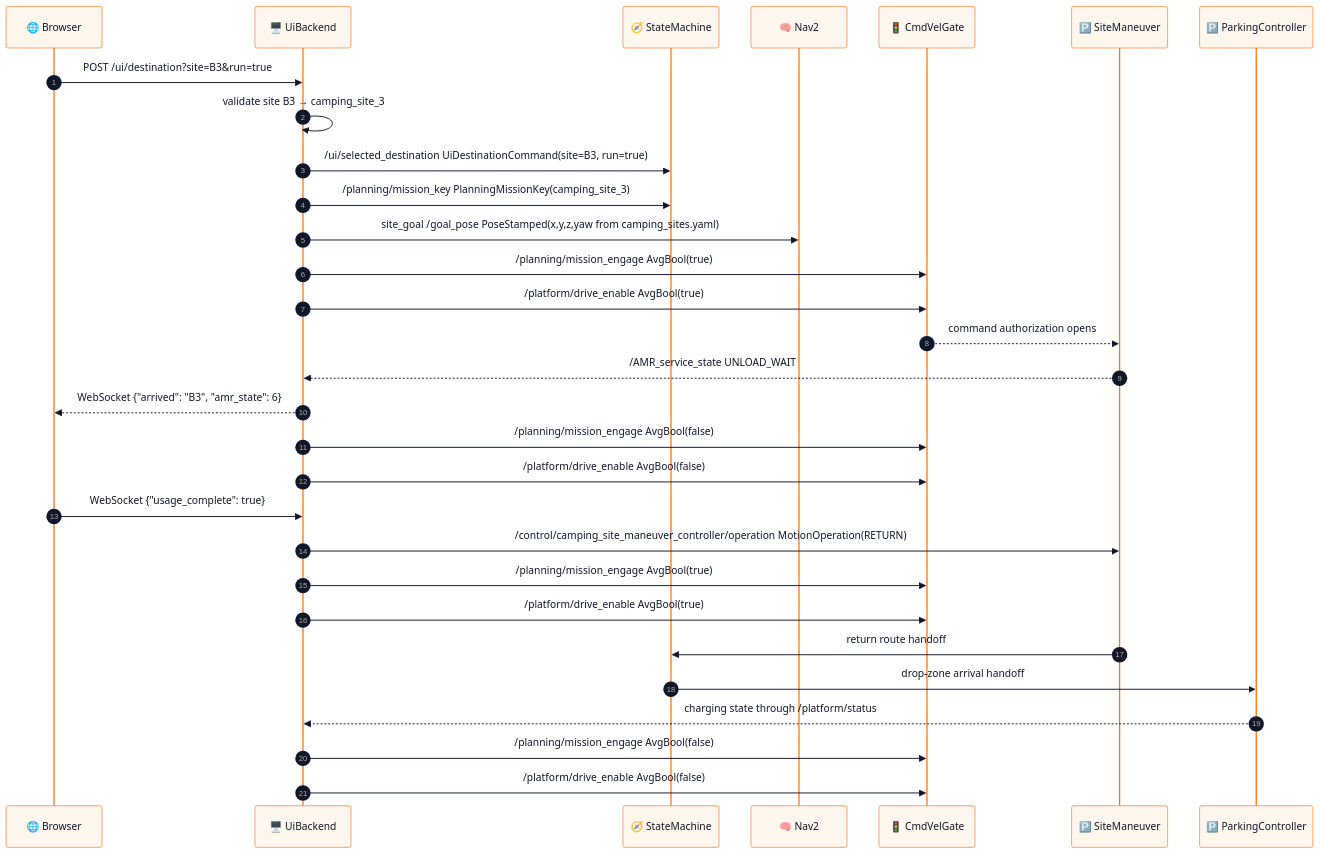
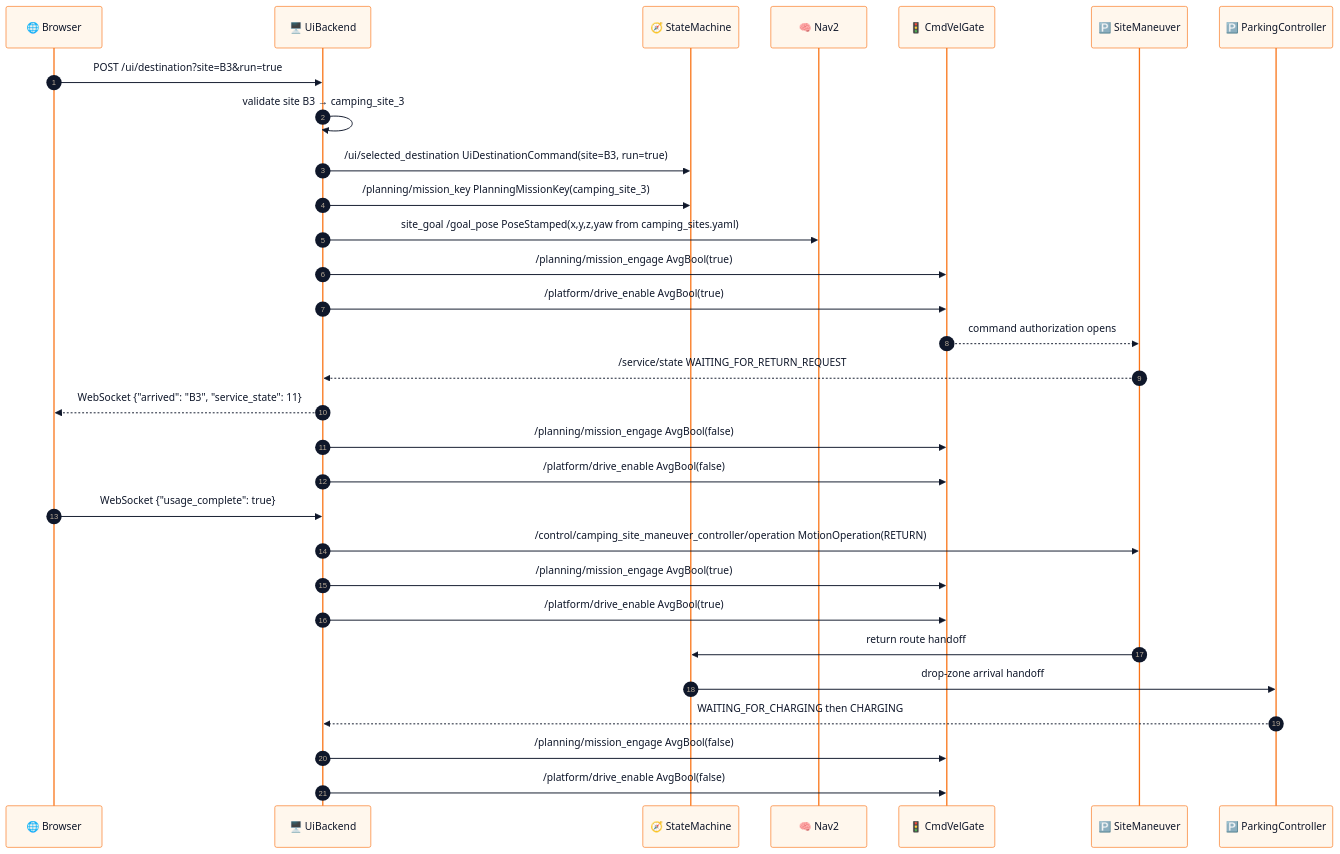
The third of 5 diagrams in camrod_ui/README.md (hwanhonglee/CAMROD), drawn with Mermaid before and after one commit. The commit also changed other lines of this file and 16 other files, not shown here.

````diff
--- a/camrod_ui/README.md
+++ b/camrod_ui/README.md
@@ -132,34 +131,34 @@
 ```mermaid
 %%{init: {'theme': 'base', 'themeVariables': {'fontFamily': 'ui-sans-serif, system-ui, sans-serif', 'fontSize': '14px', 'primaryColor': '#FFF7ED', 'primaryTextColor': '#0F172A', 'primaryBorderColor': '#F97316', 'lineColor': '#475569'}}}%%
 sequenceDiagram
   autonumber
   participant Browser as 🌐 Browser
   participant Backend as 🖥️ UiBackend
   participant SM as 🧭 StateMachine
   participant Nav2 as 🧠 Nav2
   participant Gate as 🚦 CmdVelGate
   participant Control as 🅿️ SiteManeuver
   participant Parking as 🅿️ ParkingController
 
   Browser->>Backend: POST /ui/destination?site=B3&run=true
   Backend->>Backend: validate site B3 → camping_site_3
   Backend->>SM: /ui/selected_destination UiDestinationCommand(site=B3, run=true)
   Backend->>SM: /planning/mission_key PlanningMissionKey(camping_site_3)
   Backend->>Nav2: site_goal /goal_pose PoseStamped(x,y,z,yaw from camping_sites.yaml)
   Backend->>Gate: /planning/mission_engage AvgBool(true)
   Backend->>Gate: /platform/drive_enable AvgBool(true)
   Gate-->>Control: command authorization opens
-  Control-->>Backend: /AMR_service_state UNLOAD_WAIT
-  Backend-->>Browser: WebSocket {"arrived": "B3", "amr_state": 6}
+  Control-->>Backend: /service/state WAITING_FOR_RETURN_REQUEST
+  Backend-->>Browser: WebSocket {"arrived": "B3", "service_state": 11}
   Backend->>Gate: /planning/mission_engage AvgBool(false)
   Backend->>Gate: /platform/drive_enable AvgBool(false)
   Browser->>Backend: WebSocket {"usage_complete": true}
   Backend->>Control: /control/camping_site_maneuver_controller/operation MotionOperation(RETURN)
   Backend->>Gate: /planning/mission_engage AvgBool(true)
   Backend->>Gate: /platform/drive_enable AvgBool(true)
   Control->>SM: return route handoff
   SM->>Parking: drop-zone arrival handoff
-  Parking-->>Backend: charging state through /platform/status
+  Parking-->>Backend: WAITING_FOR_CHARGING then CHARGING
   Backend->>Gate: /planning/mission_engage AvgBool(false)
   Backend->>Gate: /platform/drive_enable AvgBool(false)
 ```
````
